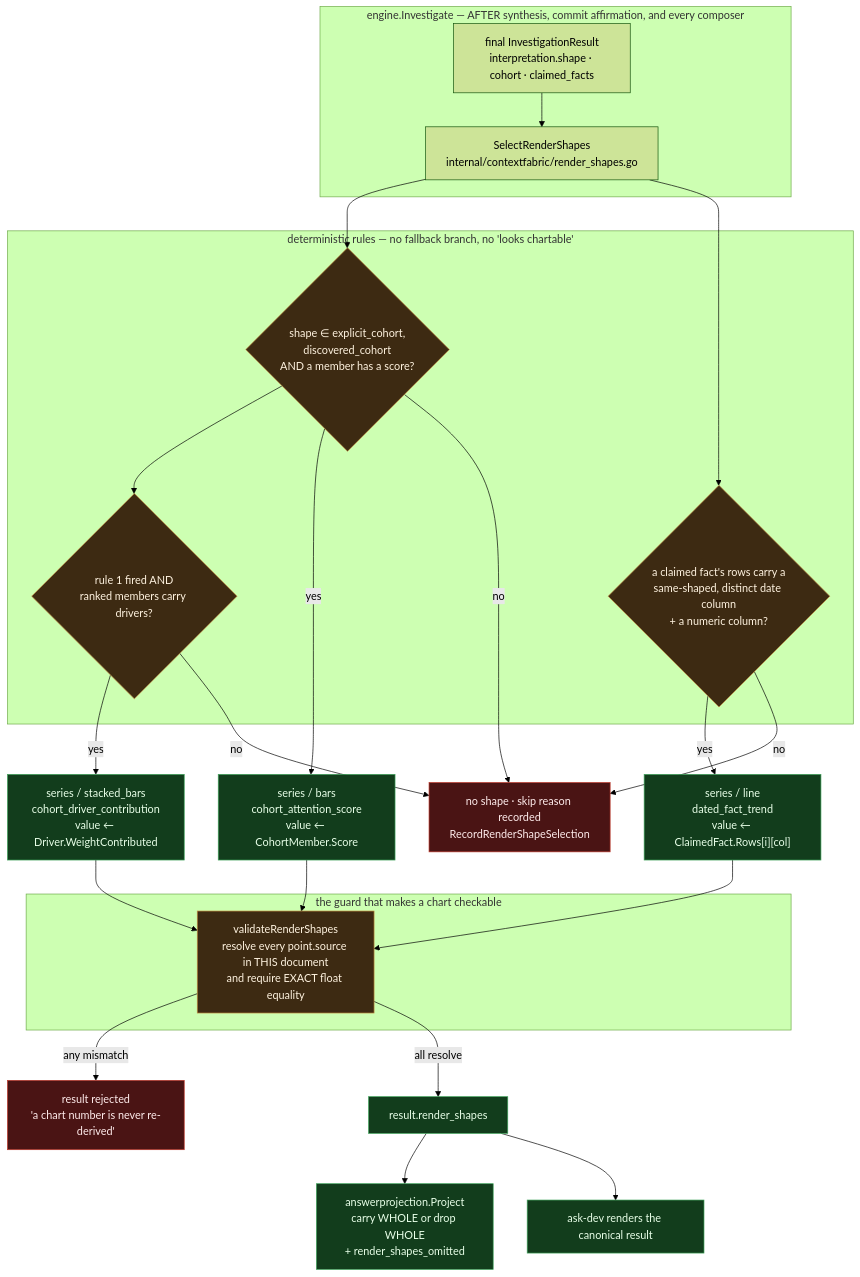
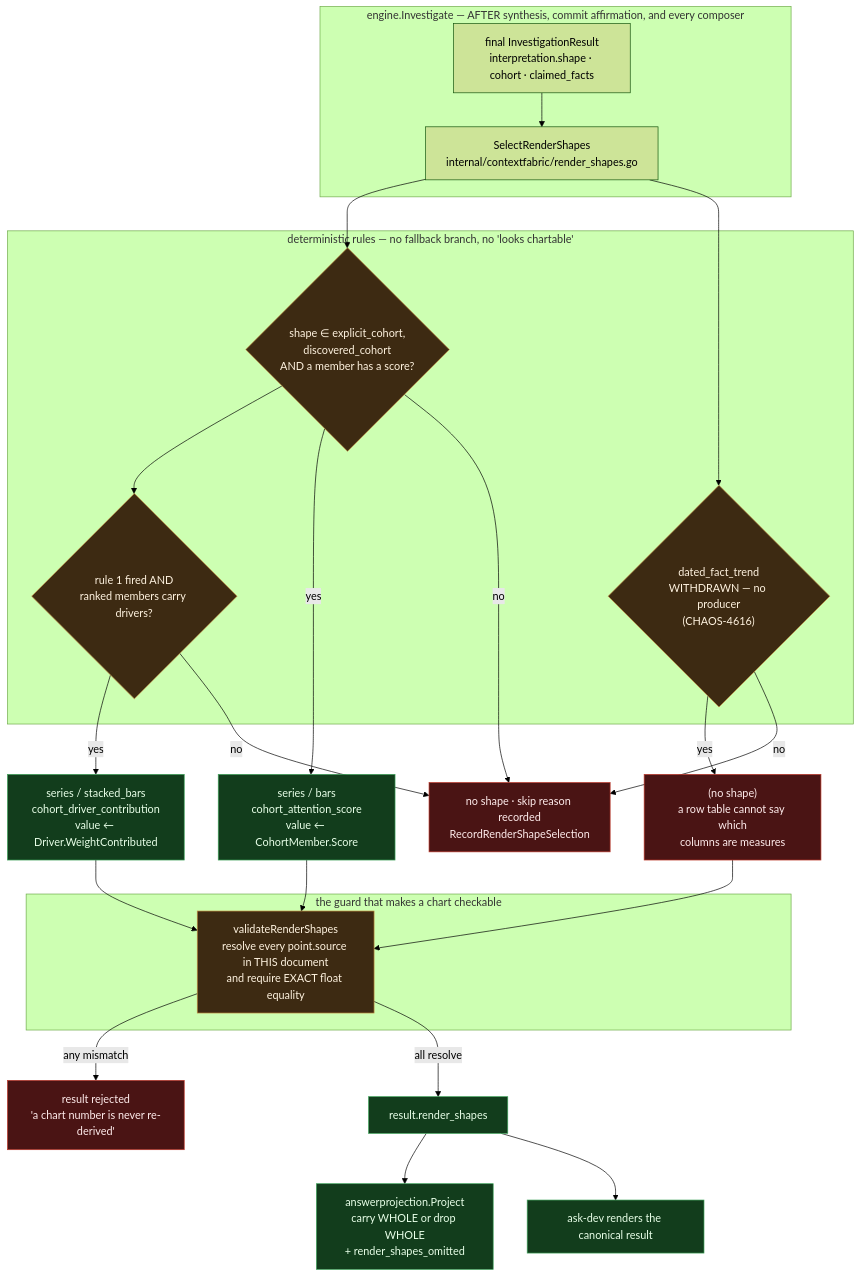
Diagram 11 of 11 in docs/design/context-fabric-architecture-diagrams.md (full-chaos/dev-health-acr), drawn with Mermaid (forest theme) before and after one commit. The commit also changed 10 other files, not shown here.

First line of the commit message:
Withdraw dated_fact_trend: a row table cannot say which columns are measures (#340)

````diff
--- a/docs/design/context-fabric-architecture-diagrams.md
+++ b/docs/design/context-fabric-architecture-diagrams.md
@@ -1125,45 +1125,46 @@
 ```mermaid
 flowchart TD
     subgraph engine["engine.Investigate — AFTER synthesis, commit affirmation, and every composer"]
         RES["final InvestigationResult<br/>interpretation.shape · cohort · claimed_facts"]
         SEL["SelectRenderShapes<br/>internal/contextfabric/render_shapes.go"]
         RES --> SEL
     end
 
     subgraph rules["deterministic rules — no fallback branch, no 'looks chartable'"]
         R1{"shape ∈ explicit_cohort,<br/>discovered_cohort<br/>AND a member has a score?"}
         R2{"rule 1 fired AND<br/>ranked members carry drivers?"}
-        R3{"a claimed fact's rows carry a<br/>same-shaped, distinct date column<br/>+ a numeric column?"}
+        R3{"dated_fact_trend<br/>WITHDRAWN — no producer<br/>(CHAOS-4616)"}
     end
     SEL --> R1 --> R2
     SEL --> R3
 
     S1["series / bars<br/>cohort_attention_score<br/>value ← CohortMember.Score"]
     S2["series / stacked_bars<br/>cohort_driver_contribution<br/>value ← Driver.WeightContributed"]
-    S3["series / line<br/>dated_fact_trend<br/>value ← ClaimedFact.Rows[i][col]"]
+    S3["(no shape)<br/>a row table cannot say which<br/>columns are measures"]
     R1 -->|yes| S1
     R2 -->|yes| S2
     R3 -->|yes| S3
     R1 -->|no| SKIP["no shape · skip reason recorded<br/>RecordRenderShapeSelection"]
     R2 -->|no| SKIP
     R3 -->|no| SKIP
 
     subgraph guard["the guard that makes a chart checkable"]
         VAL["validateRenderShapes<br/>resolve every point.source in THIS document<br/>and require EXACT float equality"]
     end
     S1 --> VAL
     S2 --> VAL
     S3 --> VAL
     VAL -->|any mismatch| REJ["result rejected<br/>'a chart number is never re-derived'"]
     VAL -->|all resolve| OUT["result.render_shapes"]
 
     OUT --> PROJ["answerprojection.Project<br/>carry WHOLE or drop WHOLE<br/>+ render_shapes_omitted"]
     OUT --> ASKDEV["ask-dev renders the canonical result"]
 
     classDef fixed fill:#123d1c,stroke:#3fa45b,color:#e8ffe8
     classDef gate fill:#3d2a12,stroke:#c08a3e,color:#fff3e0
     classDef bad fill:#4a1414,stroke:#c0392b,color:#ffecec
-    class S1,S2,S3,OUT,PROJ,ASKDEV fixed
+    class S1,S2,OUT,PROJ,ASKDEV fixed
+    class S3 bad
     class R1,R2,R3,VAL gate
     class REJ,SKIP bad
 ```
````
